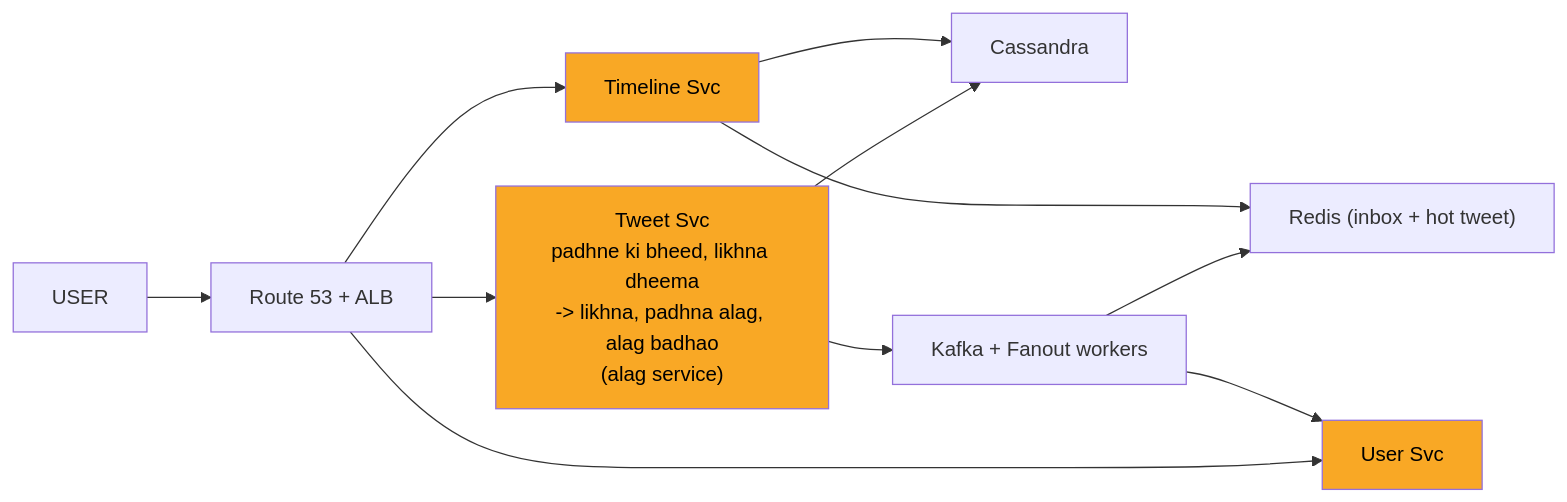
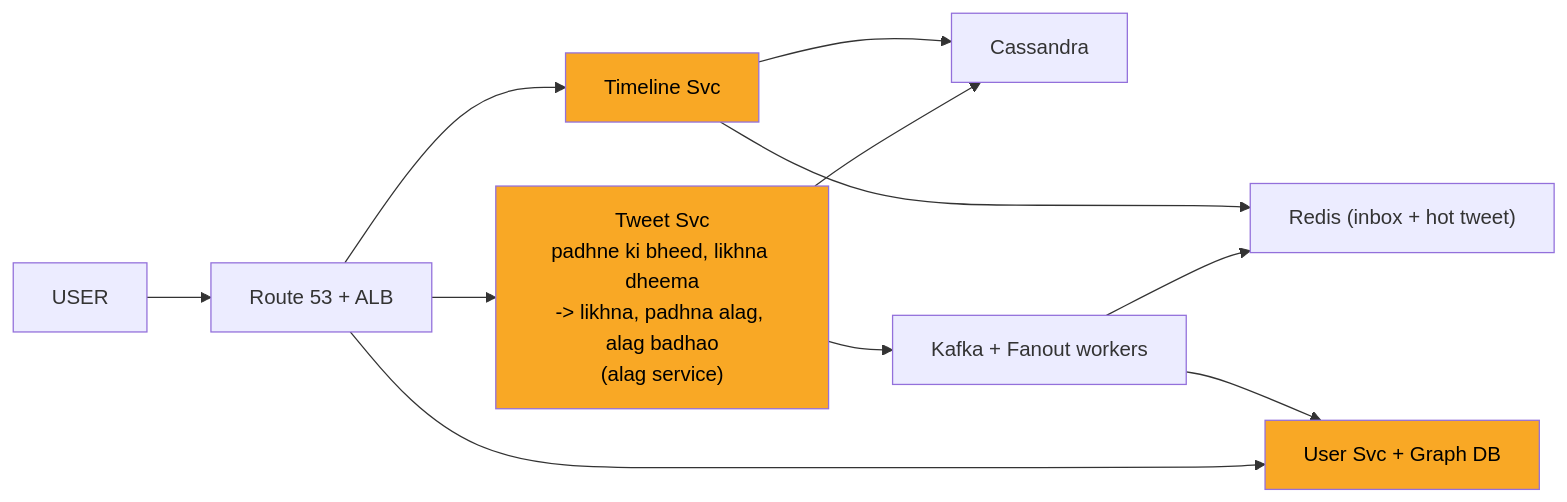
The tenth of 12 diagrams in 04_HLD/SYSTEM_DESIGNS/03_twitter_feed/03_twitter_feed.md (ArpanMaheshwari144/Prep), drawn with Mermaid before and after one commit. The commit also changed other lines of this file and 10 other files, not shown here.

````diff
--- a/04_HLD/SYSTEM_DESIGNS/03_twitter_feed/03_twitter_feed.md
+++ b/04_HLD/SYSTEM_DESIGNS/03_twitter_feed/03_twitter_feed.md
@@ -375,24 +375,24 @@
 ```mermaid
 flowchart LR
     n_USER["USER"]
     n_EDGE["Route 53 + ALB"]
     n_Tweet_Svc["Tweet Svc<br/>padhne ki bheed, likhna dheema<br/>-> likhna, padhna alag, alag badhao<br/>(alag service)"]
     n_Cassandra["Cassandra"]
     n_FAN["Kafka + Fanout workers"]
     n_RI["Redis (inbox + hot tweet)"]
     n_Timeline_Svc["Timeline Svc"]
-    n_UG["User Svc"]
+    n_UG["User Svc + Graph DB"]
     n_USER --> n_EDGE
     n_EDGE --> n_Tweet_Svc
     n_EDGE --> n_Timeline_Svc
     n_EDGE --> n_UG
     n_Tweet_Svc --> n_Cassandra
     n_Tweet_Svc --> n_FAN
     n_FAN --> n_RI
     n_Timeline_Svc --> n_RI
     n_Timeline_Svc --> n_Cassandra
     n_FAN --> n_UG
     style n_Tweet_Svc fill:#f9a825,color:#000
     style n_Timeline_Svc fill:#f9a825,color:#000
     style n_UG fill:#f9a825,color:#000
 ```
````
